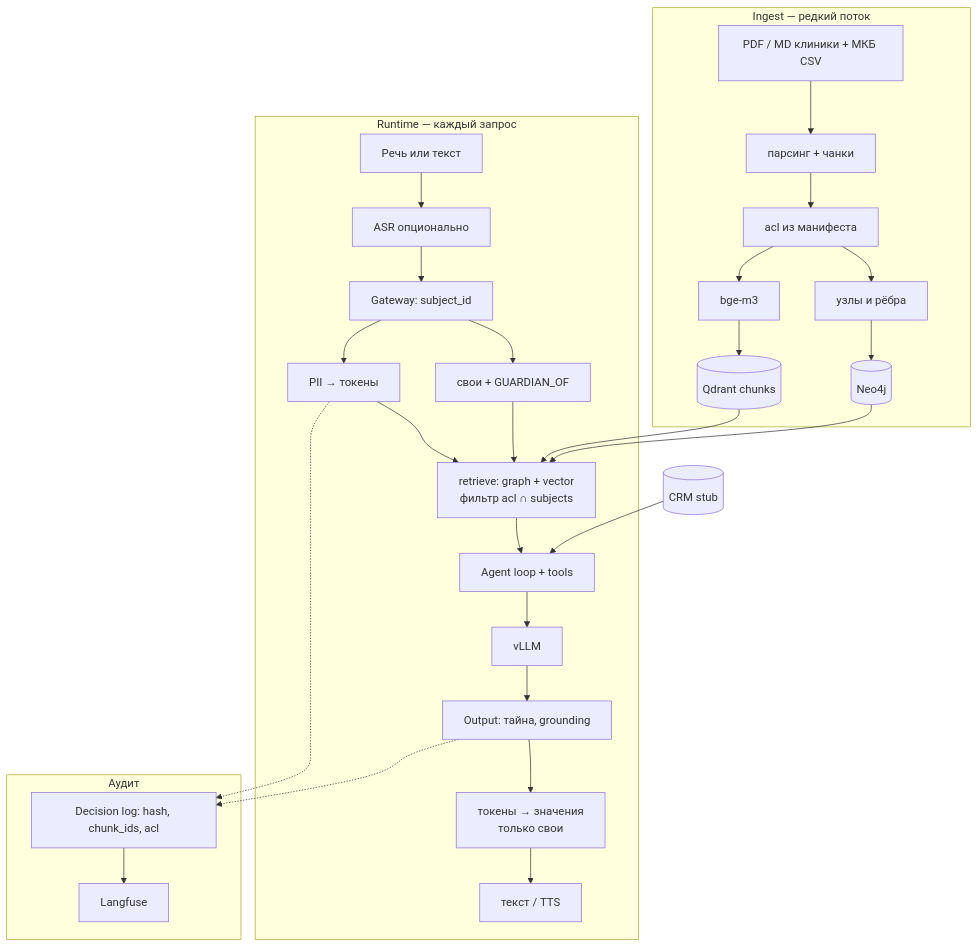
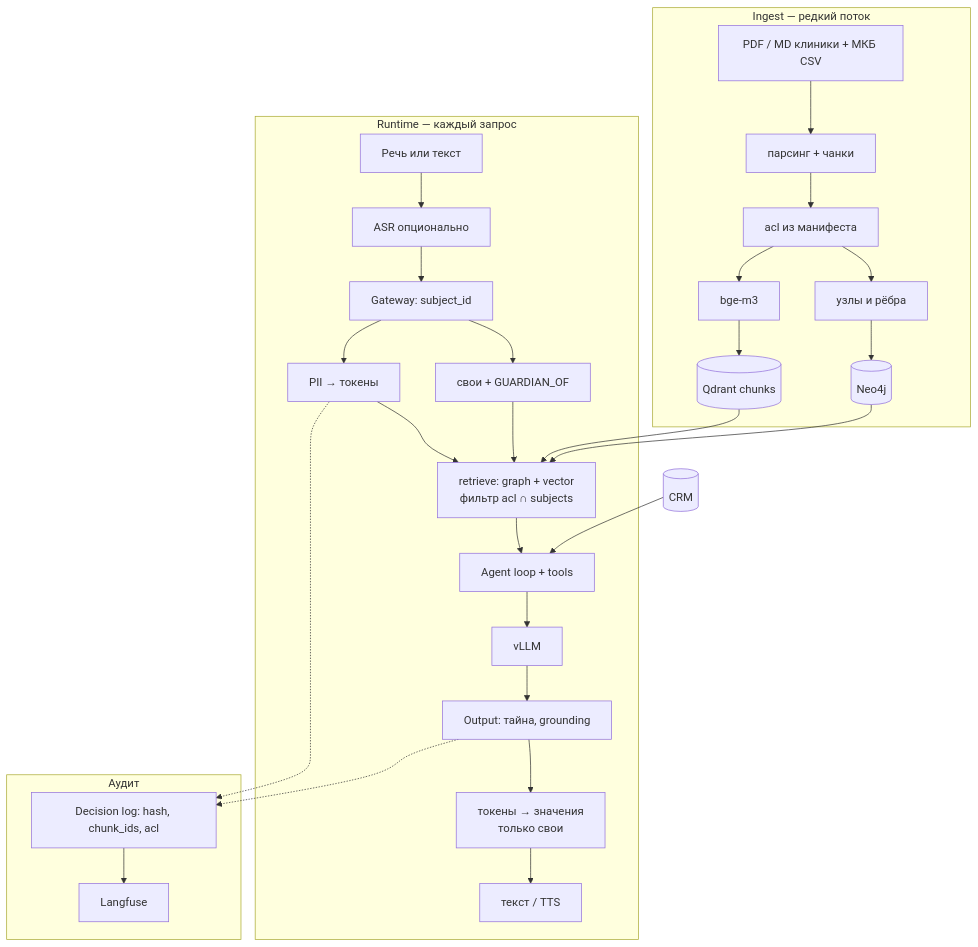
Before and after one commit to divisee/otus-ai-architect: the sixth of 8 diagrams in final-project/README.md, drawn with Mermaid. The commit also changed other lines of this file, not shown here.

Commit message:
Call the booking system CRM on every diagram and drop the paired context table.

````diff
--- a/final-project/README.md
+++ b/final-project/README.md
@@ -443,35 +440,35 @@
 ```mermaid
 flowchart TB
     subgraph IN["Ingest — редкий поток"]
         PDF[PDF / MD клиники + МКБ CSV] --> PARSE[парсинг + чанки]
         PARSE --> META[acl из манифеста]
         META --> EMB[bge-m3]
         EMB --> QD[(Qdrant chunks)]
         META --> EXT[узлы и рёбра]
         EXT --> NEO[(Neo4j)]
     end
 
     subgraph RT["Runtime — каждый запрос"]
         U[Речь или текст] --> ASR[ASR опционально]
         ASR --> GW[Gateway: subject_id]
         GW --> SAN[PII → токены]
         GW --> REL[свои + GUARDIAN_OF]
         SAN --> RET[retrieve: graph + vector<br/>фильтр acl ∩ subjects]
         REL --> RET
         RET --> LOOP[Agent loop + tools]
         LOOP --> GEN[vLLM]
         GEN --> DLP[Output: тайна, grounding]
         DLP --> REH[токены → значения<br/>только свои]
         REH --> OUT[текст / TTS]
     end
 
     QD --> RET
     NEO --> RET
-    CRM[(CRM stub)] --> LOOP
+    CRM[(CRM)] --> LOOP
 
     subgraph AUD["Аудит"]
         SAN -.-> L[Decision log: hash, chunk_ids, acl]
         DLP -.-> L
         L --> LF[Langfuse]
     end
 ```
````
